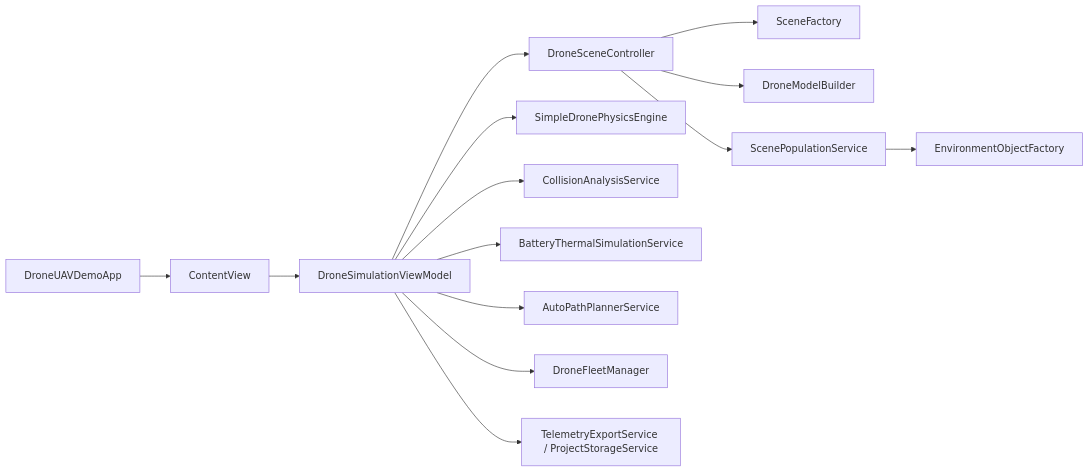
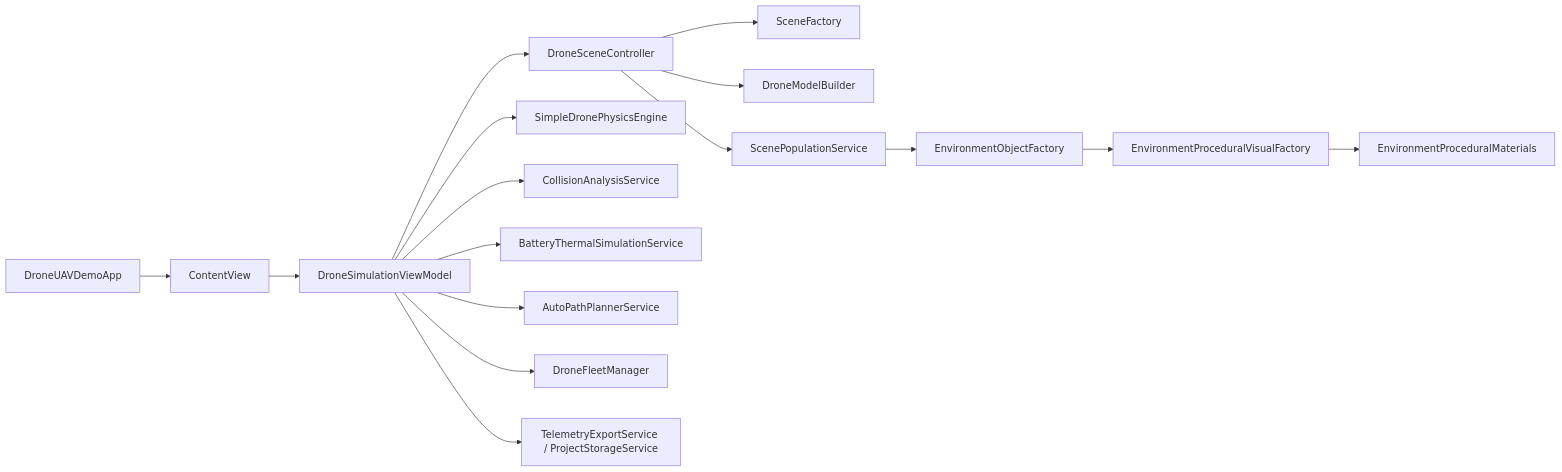
One commit to Mixxa1/UAVsim changed the diagram in DroneUAVDemo/PROJECT_STRUCTURE_RU.md. Above: the diagram before and after it, drawn with Mermaid. The commit also changed other lines of this file and 49 other files, not shown here.

````diff
--- a/DroneUAVDemo/PROJECT_STRUCTURE_RU.md
+++ b/DroneUAVDemo/PROJECT_STRUCTURE_RU.md
@@ -61,16 +63,18 @@
 ```mermaid
 flowchart LR
     A["DroneUAVDemoApp"] --> B["ContentView"]
     B --> C["DroneSimulationViewModel"]
     C --> D["DroneSceneController"]
     C --> E["SimpleDronePhysicsEngine"]
     C --> F["CollisionAnalysisService"]
     C --> G["BatteryThermalSimulationService"]
     C --> H["AutoPathPlannerService"]
     C --> I["DroneFleetManager"]
     C --> J["TelemetryExportService / ProjectStorageService"]
     D --> K["SceneFactory"]
     D --> L["DroneModelBuilder"]
     D --> M["ScenePopulationService"]
     M --> N["EnvironmentObjectFactory"]
+    N --> O["EnvironmentProceduralVisualFactory"]
+    O --> P["EnvironmentProceduralMaterials"]
 ```
````
